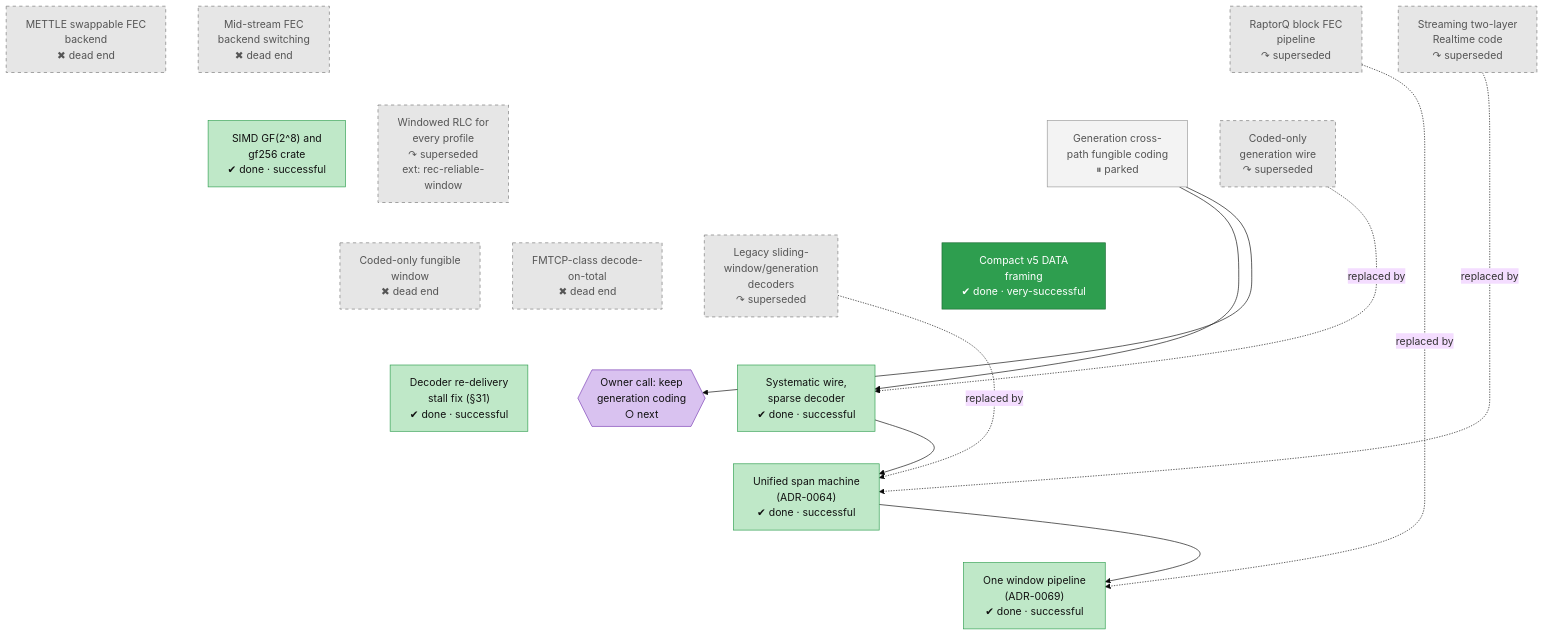
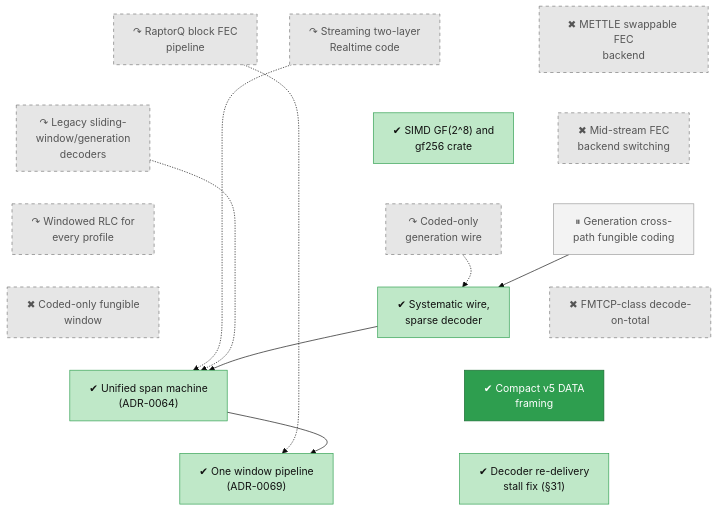
One commit to lhns/raptorpath changed the diagram in docs/roadmap/tracks/cod.md. Above: the diagram before and after it, drawn with Mermaid (base theme). The commit also changed 15 other files, not shown here.

Commit message:
roadmap: one direction (time) in every diagram, shorter labels, text legend, timeline on its own page, owner decisions kept out of diagrams

````diff
--- a/docs/roadmap/tracks/cod.md
+++ b/docs/roadmap/tracks/cod.md
@@ -10,78 +10,42 @@
 ```mermaid
 flowchart TB
-    cod_block_pipeline["RaptorQ block FEC<br/>pipeline<br/>↷ superseded"]
-    cod_mettle["METTLE swappable FEC<br/>backend<br/>✖ dead end"]
-    cod_backend_switch["Mid-stream FEC<br/>backend switching<br/>✖ dead end"]
-    cod_streaming_code["Streaming two-layer<br/>Realtime code<br/>↷ superseded"]
-    cod_gf256_simd["SIMD GF(2^8) and<br/>gf256 crate<br/>✔ done · successful"]
-    cod_rlc_all_profiles["Windowed RLC for<br/>every profile<br/>↷ superseded<br/>ext: rec-reliable-<br/>window"]
-    cod_generation_coding["Generation cross-<br/>path fungible coding<br/>⏸ parked"]
-    cod_coded_only_wire["Coded-only<br/>generation wire<br/>↷ superseded"]
-    cod_systematic_wire["Systematic wire,<br/>sparse decoder<br/>✔ done · successful"]
-    cod_fungible_window["Coded-only fungible<br/>window<br/>✖ dead end"]
-    cod_fmtcp["FMTCP-class decode-<br/>on-total<br/>✖ dead end"]
-    cod_legacy_rlc["Legacy sliding-<br/>window/generation<br/>decoders<br/>↷ superseded"]
-    cod_unified_span["Unified span machine<br/>(ADR-0064)<br/>✔ done · successful"]
-    cod_one_pipeline["One window pipeline<br/>(ADR-0069)<br/>✔ done · successful"]
-    cod_wire_compact["Compact v5 DATA<br/>framing<br/>✔ done · very-successful"]
-    cod_debug_stall["Decoder re-delivery<br/>stall fix (#167;31)<br/>✔ done · successful"]
-    cod_user_generation_seat{{"Owner call: keep<br/>generation coding<br/>○ next"}}
-    cod_block_pipeline ~~~ cod_gf256_simd
-    cod_block_pipeline ~~~ cod_rlc_all_profiles
-    cod_block_pipeline ~~~ cod_generation_coding
-    cod_block_pipeline ~~~ cod_coded_only_wire
-    cod_mettle ~~~ cod_gf256_simd
-    cod_mettle ~~~ cod_rlc_all_profiles
-    cod_mettle ~~~ cod_generation_coding
-    cod_mettle ~~~ cod_coded_only_wire
-    cod_backend_switch ~~~ cod_gf256_simd
-    cod_backend_switch ~~~ cod_rlc_all_profiles
+    cod_block_pipeline["↷ RaptorQ block FEC<br/>pipeline"]
+    cod_mettle["✖ METTLE swappable FEC<br/>backend"]
+    cod_streaming_code["↷ Streaming two-layer<br/>Realtime code"]
+    cod_legacy_rlc["↷ Legacy sliding-<br/>window/generation<br/>decoders"]
+    cod_backend_switch["✖ Mid-stream FEC<br/>backend switching"]
+    cod_gf256_simd["✔ SIMD GF(2^8) and<br/>gf256 crate"]
+    cod_rlc_all_profiles["↷ Windowed RLC for<br/>every profile"]
+    cod_generation_coding["⏸ Generation cross-<br/>path fungible coding"]
+    cod_coded_only_wire["↷ Coded-only<br/>generation wire"]
+    cod_fungible_window["✖ Coded-only fungible<br/>window"]
+    cod_fmtcp["✖ FMTCP-class decode-<br/>on-total"]
+    cod_systematic_wire["✔ Systematic wire,<br/>sparse decoder"]
+    cod_unified_span["✔ Unified span machine<br/>(ADR-0064)"]
+    cod_wire_compact["✔ Compact v5 DATA<br/>framing"]
+    cod_one_pipeline["✔ One window pipeline<br/>(ADR-0069)"]
+    cod_debug_stall["✔ Decoder re-delivery<br/>stall fix (#167;31)"]
+    cod_block_pipeline ~~~ cod_legacy_rlc
+    cod_mettle ~~~ cod_backend_switch
+    cod_streaming_code ~~~ cod_gf256_simd
+    cod_legacy_rlc ~~~ cod_rlc_all_profiles
     cod_backend_switch ~~~ cod_generation_coding
-    cod_backend_switch ~~~ cod_coded_only_wire
-    cod_streaming_code ~~~ cod_gf256_simd
-    cod_streaming_code ~~~ cod_rlc_all_profiles
-    cod_streaming_code ~~~ cod_generation_coding
-    cod_streaming_code ~~~ cod_coded_only_wire
-    cod_gf256_simd ~~~ cod_fungible_window
-    cod_gf256_simd ~~~ cod_fmtcp
-    cod_gf256_simd ~~~ cod_legacy_rlc
-    cod_gf256_simd ~~~ cod_wire_compact
+    cod_gf256_simd ~~~ cod_coded_only_wire
     cod_rlc_all_profiles ~~~ cod_fungible_window
-    cod_rlc_all_profiles ~~~ cod_fmtcp
-    cod_rlc_all_profiles ~~~ cod_legacy_rlc
-    cod_rlc_all_profiles ~~~ cod_wire_compact
-    cod_generation_coding ~~~ cod_fungible_window
     cod_generation_coding ~~~ cod_fmtcp
-    cod_generation_coding ~~~ cod_legacy_rlc
-    cod_generation_coding ~~~ cod_wire_compact
-    cod_coded_only_wire ~~~ cod_fungible_window
-    cod_coded_only_wire ~~~ cod_fmtcp
-    cod_coded_only_wire ~~~ cod_legacy_rlc
-    cod_coded_only_wire ~~~ cod_wire_compact
-    cod_fungible_window ~~~ cod_debug_stall
-    cod_fungible_window ~~~ cod_systematic_wire
-    cod_fungible_window ~~~ cod_user_generation_seat
-    cod_fmtcp ~~~ cod_debug_stall
-    cod_fmtcp ~~~ cod_systematic_wire
-    cod_fmtcp ~~~ cod_user_generation_seat
-    cod_legacy_rlc ~~~ cod_debug_stall
-    cod_legacy_rlc ~~~ cod_systematic_wire
-    cod_legacy_rlc ~~~ cod_user_generation_seat
+    cod_coded_only_wire ~~~ cod_systematic_wire
+    cod_fungible_window ~~~ cod_unified_span
+    cod_fmtcp ~~~ cod_wire_compact
+    cod_systematic_wire ~~~ cod_wire_compact
+    cod_unified_span ~~~ cod_one_pipeline
     cod_wire_compact ~~~ cod_debug_stall
-    cod_wire_compact ~~~ cod_systematic_wire
-    cod_wire_compact ~~~ cod_user_generation_seat
-    cod_debug_stall ~~~ cod_unified_span
-    cod_systematic_wire ~~~ cod_unified_span
-    cod_user_generation_seat ~~~ cod_unified_span
-    cod_unified_span ~~~ cod_one_pipeline
-    cod_block_pipeline -.->|replaced by| cod_one_pipeline
-    cod_streaming_code -.->|replaced by| cod_unified_span
-    cod_coded_only_wire -.->|replaced by| cod_systematic_wire
+    cod_block_pipeline -.-> cod_one_pipeline
+    cod_streaming_code -.-> cod_unified_span
+    cod_legacy_rlc -.-> cod_unified_span
+    cod_coded_only_wire -.-> cod_systematic_wire
     cod_generation_coding --> cod_systematic_wire
-    cod_legacy_rlc -.->|replaced by| cod_unified_span
     cod_systematic_wire --> cod_unified_span
     cod_unified_span --> cod_one_pipeline
-    cod_generation_coding --> cod_user_generation_seat
     classDef vsucc fill:#2e9e4f,stroke:#1b6b34,color:#fff
     classDef succ fill:#bfe8c8,stroke:#2e9e4f,color:#111
     classDef mixed fill:#ffd37a,stroke:#c98a00,color:#111
@@ -95,9 +59,8 @@
     classDef userdec fill:#d9c2f0,stroke:#7b3fb5,color:#111
     classDef defect fill:#ffe0b2,stroke:#d84315,stroke-width:2px,color:#111
     classDef waiting fill:#e3f2fd,stroke:#1f6fc5,stroke-dasharray:5 5,color:#111
-    class cod_block_pipeline,cod_mettle,cod_backend_switch,cod_streaming_code,cod_rlc_all_profiles,cod_coded_only_wire,cod_fungible_window,cod_fmtcp,cod_legacy_rlc dead
+    class cod_block_pipeline,cod_mettle,cod_streaming_code,cod_legacy_rlc,cod_backend_switch,cod_rlc_all_profiles,cod_coded_only_wire,cod_fungible_window,cod_fmtcp dead
     class cod_gf256_simd,cod_systematic_wire,cod_unified_span,cod_one_pipeline,cod_debug_stall succ
     class cod_generation_coding parked
     class cod_wire_compact vsucc
-    class cod_user_generation_seat userdec
 ```
````
